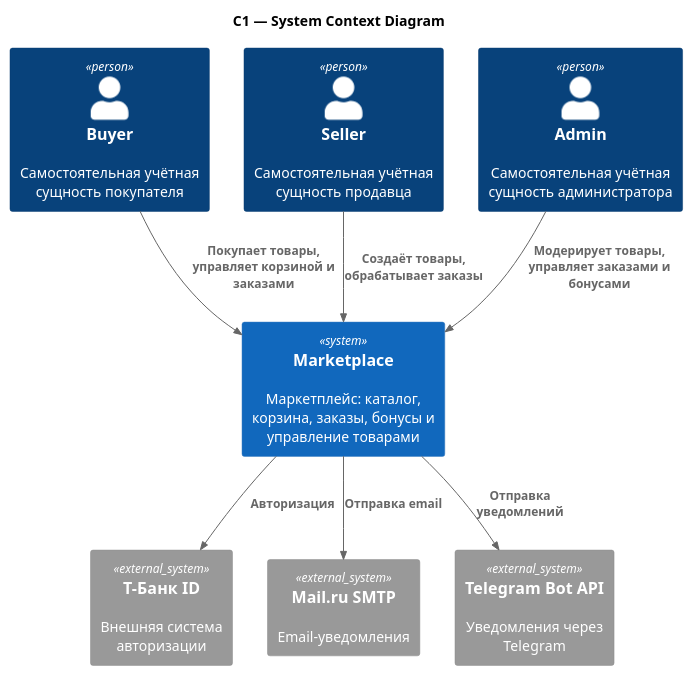
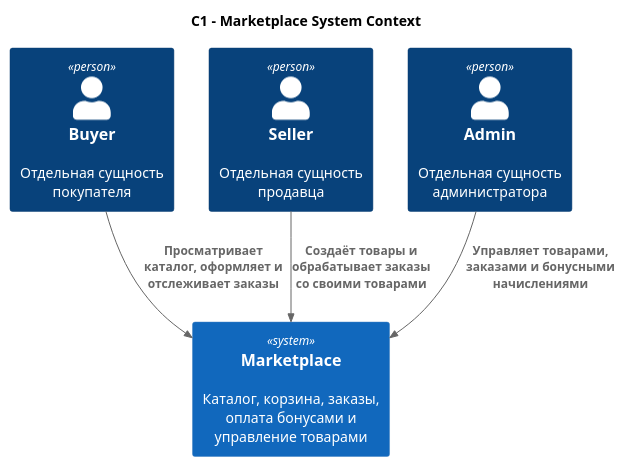
Before and after one commit to iivanov627/TMarketplace: the diagram in docs/architecture/c1-context.puml, drawn with PlantUML. The commit also changed other lines of this file and 4 other files, not shown here.

Commit message:
с4 diagrams

```diff
--- a/docs/architecture/c1-context.puml
+++ b/docs/architecture/c1-context.puml
@@ -2,24 +1,16 @@
 @startuml c1-context
 !include https://raw.githubusercontent.com/plantuml-stdlib/C4-PlantUML/master/C4_Context.puml
 
-title C1 — System Context Diagram
+title C1 - Marketplace System Context
 
-Person(buyer, "Buyer", "Самостоятельная учётная сущность покупателя")
-Person(seller, "Seller", "Самостоятельная учётная сущность продавца")
-Person(admin, "Admin", "Самостоятельная учётная сущность администратора")
+Person(buyer, "Buyer", "Отдельная сущность покупателя")
+Person(seller, "Seller", "Отдельная сущность продавца")
+Person(admin, "Admin", "Отдельная сущность администратора")
 
-System(marketplace, "Marketplace", "Маркетплейс: каталог, корзина, заказы, бонусы и управление товарами")
+System(marketplace, "Marketplace", "Каталог, корзина, заказы, оплата бонусами и управление товарами")
 
-System_Ext(tbank, "Т-Банк ID", "Внешняя система авторизации")
-System_Ext(mail, "Mail.ru SMTP", "Email-уведомления")
-System_Ext(telegram, "Telegram Bot API", "Уведомления через Telegram")
-
-Rel(buyer, marketplace, "Покупает товары, управляет корзиной и заказами")
-Rel(seller, marketplace, "Создаёт товары, обрабатывает заказы")
-Rel(admin, marketplace, "Модерирует товары, управляет заказами и бонусами")
-
-Rel(marketplace, tbank, "Авторизация")
-Rel(marketplace, mail, "Отправка email")
-Rel(marketplace, telegram, "Отправка уведомлений")
+Rel(buyer, marketplace, "Просматривает каталог, оформляет и отслеживает заказы")
+Rel(seller, marketplace, "Создаёт товары и обрабатывает заказы со своими товарами")
+Rel(admin, marketplace, "Управляет товарами, заказами и бонусными начислениями")
 
 @enduml
```
